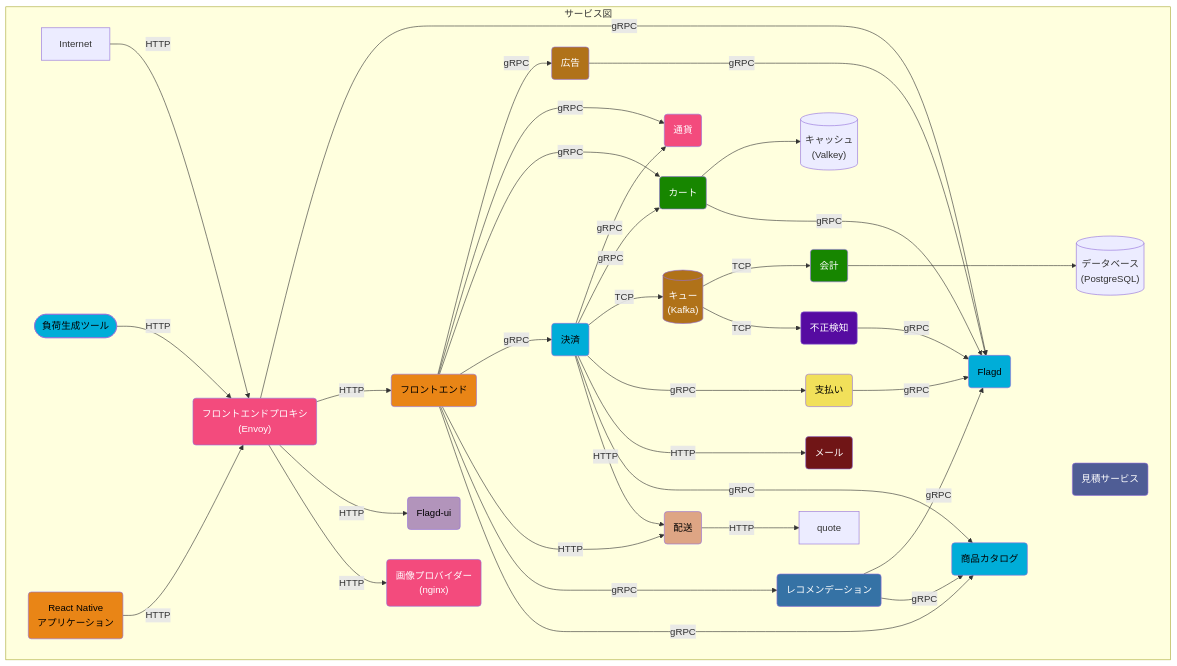
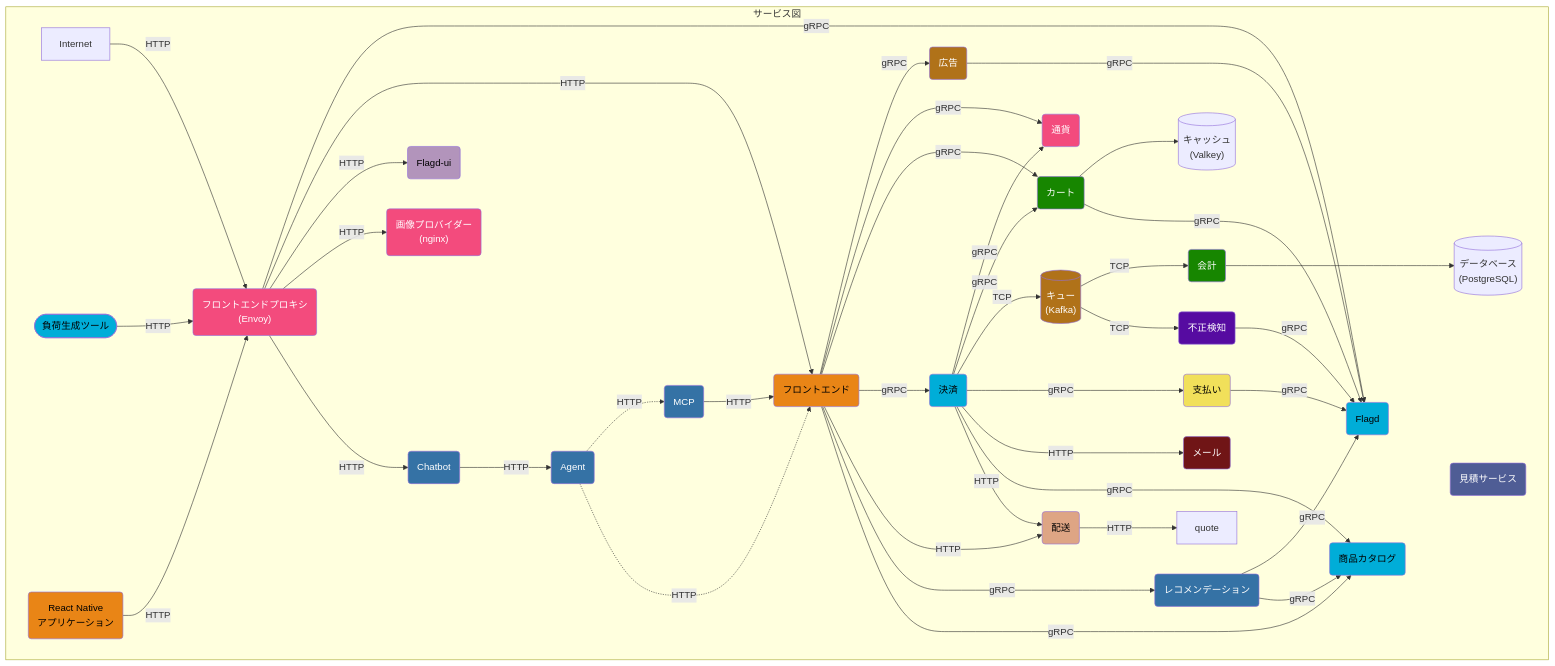
The first of 3 diagrams in content/ja/docs/demo/architecture.md (open-telemetry/opentelemetry.io), drawn with Mermaid before and after one commit. The commit also changed other lines of this file, not shown here.

Commit message:
[ja] update translation of content/en/docs/demo/architecture.md

```diff
--- a/content/ja/docs/demo/architecture.md
+++ b/content/ja/docs/demo/architecture.md
@@ -15,8 +14,10 @@
 subgraph サービス図
 accounting(会計):::dotnet
 ad(広告):::java
+agent(Agent):::python
 cache[(キャッシュ<br/>&#40Valkey&#41)]
 cart(カート):::dotnet
+chatbot(Chatbot):::python
 checkout(決済):::golang
 currency(通貨):::cpp
 email(メール):::ruby
@@ -27,6 +28,7 @@
 frontend-proxy(フロントエンドプロキシ <br/>&#40Envoy&#41):::cpp
 image-provider(画像プロバイダー <br/>&#40nginx&#41):::cpp
 load-generator([負荷生成ツール]):::golang
+mcp(MCP):::python
 payment(支払い):::javascript
 product-catalog(商品カタログ):::golang
 quoteservice(見積サービス):::php
@@ -38,6 +40,9 @@
 
 accounting ---> postgresql
 
+agent -.->|HTTP| mcp
+agent -.->|HTTP| frontend
+
 ad ---->|gRPC| flagd
 
 checkout -->|gRPC| currency
@@ -46,6 +51,8 @@
 
 cart --> cache
 cart -->|gRPC| flagd
+
+chatbot -->|HTTP| agent
 
 checkout -->|gRPC| payment
 checkout --->|HTTP| email
@@ -66,6 +73,9 @@
 frontend-proxy -->|HTTP| frontend
 frontend-proxy -->|HTTP| flagd-ui
 frontend-proxy -->|HTTP| image-provider
+frontend-proxy -->|HTTP| chatbot
+
+mcp -->|HTTP| frontend
 
 payment -->|gRPC| flagd
 
```
